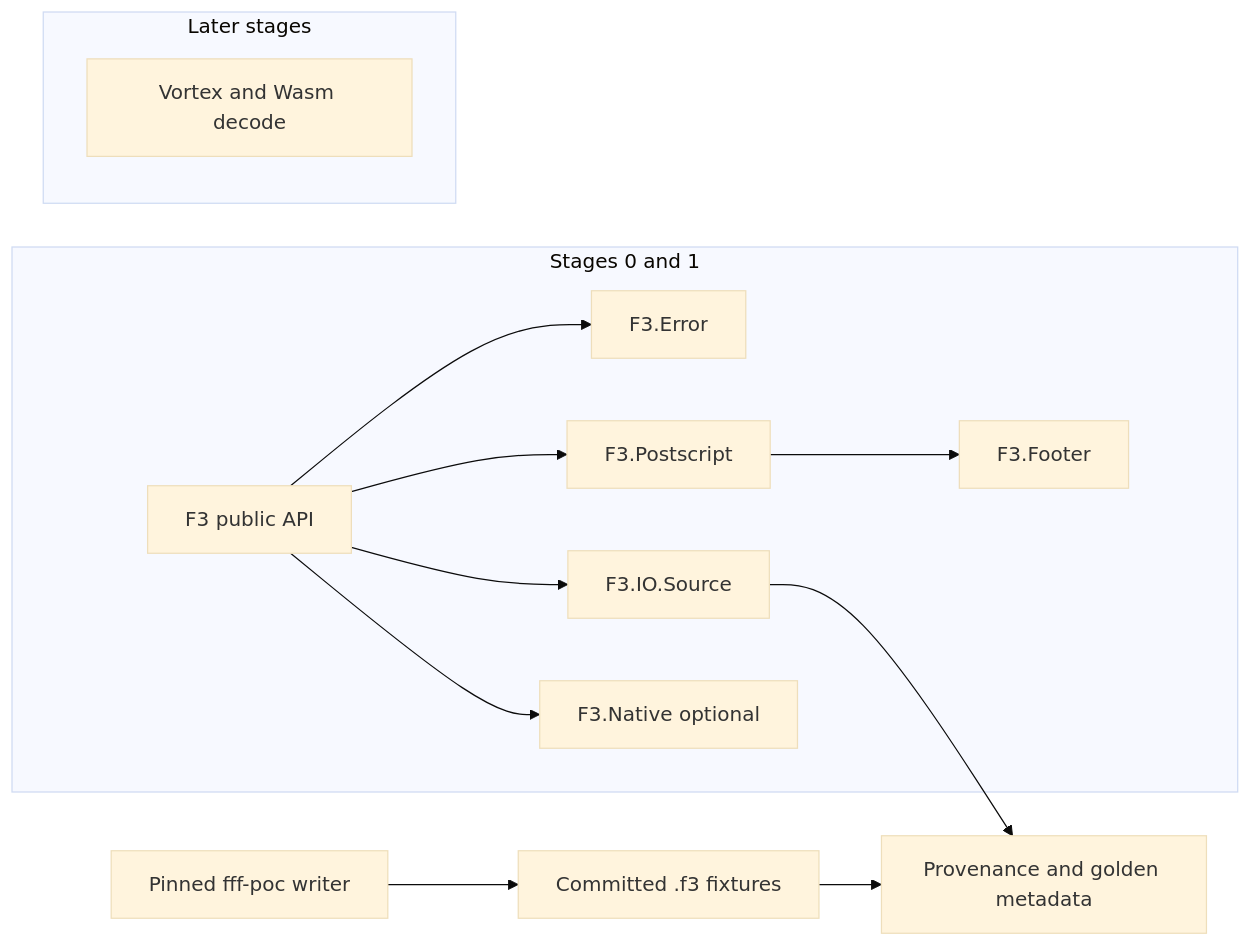
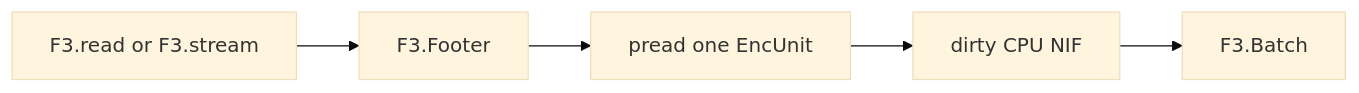
Before and after one commit to thanos/f3: the diagram in docs/architecture.md, drawn with Mermaid (base theme). The commit also changed other lines of this file and 49 other files, not shown here.

````diff
--- a/docs/architecture.md
+++ b/docs/architecture.md
@@ -5,22 +5,9 @@
 ```mermaid
 flowchart LR
-  subgraph now [Stages 0 and 1]
-    API[F3 public API]
-    Err[F3.Error]
-    Src[F3.IO.Source]
-    PS[F3.Postscript]
-    FB[F3.Footer]
-    Nat[F3.Native optional]
-    API --> Err
-    API --> Src
-    API --> PS
-    PS --> FB
-    API --> Nat
-  end
-  subgraph later [Later stages]
-    Dec[Vortex and Wasm decode]
-  end
-  Up[Pinned fff-poc writer] --> Fix[Committed .f3 fixtures]
-  Fix --> Tests[Provenance and golden metadata]
-  Src --> Tests
+  Read[F3.read or F3.stream]
+  Meta[F3.Footer]
+  Slice[pread one EncUnit]
+  Nif[dirty CPU NIF]
+  Batch[F3.Batch]
+  Read --> Meta --> Slice --> Nif --> Batch
 ```
````
